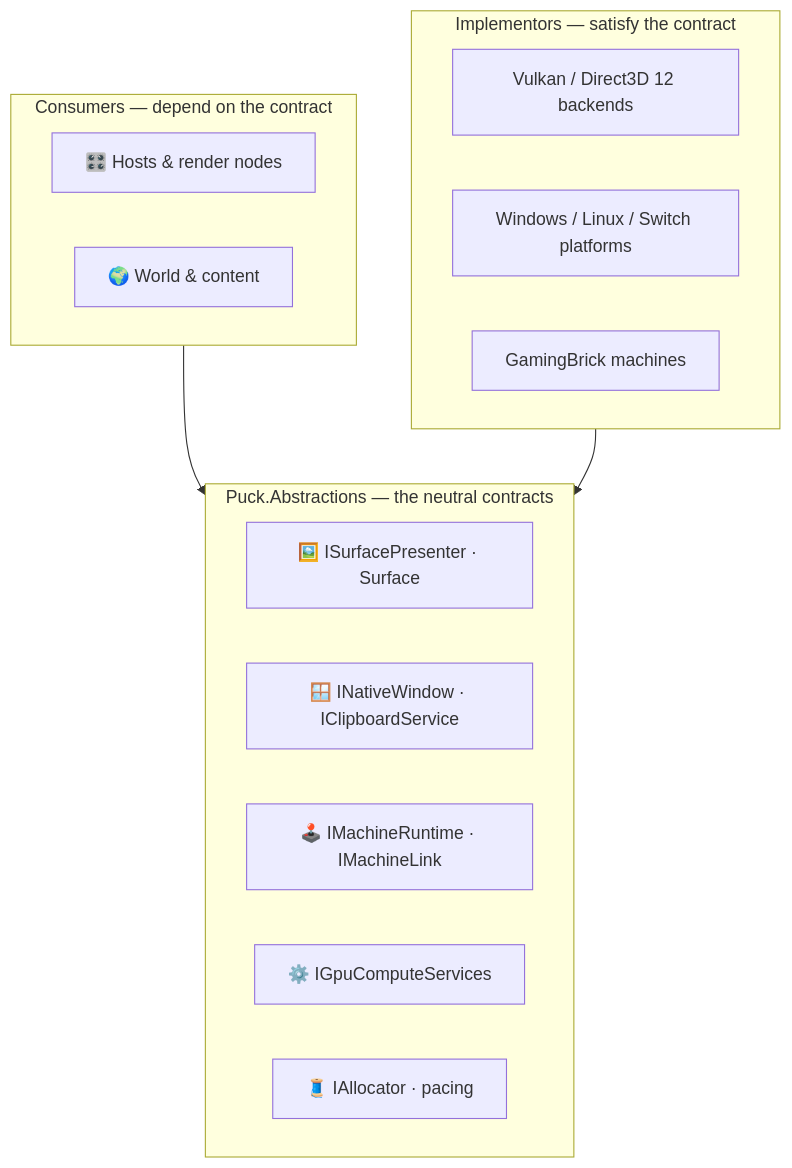
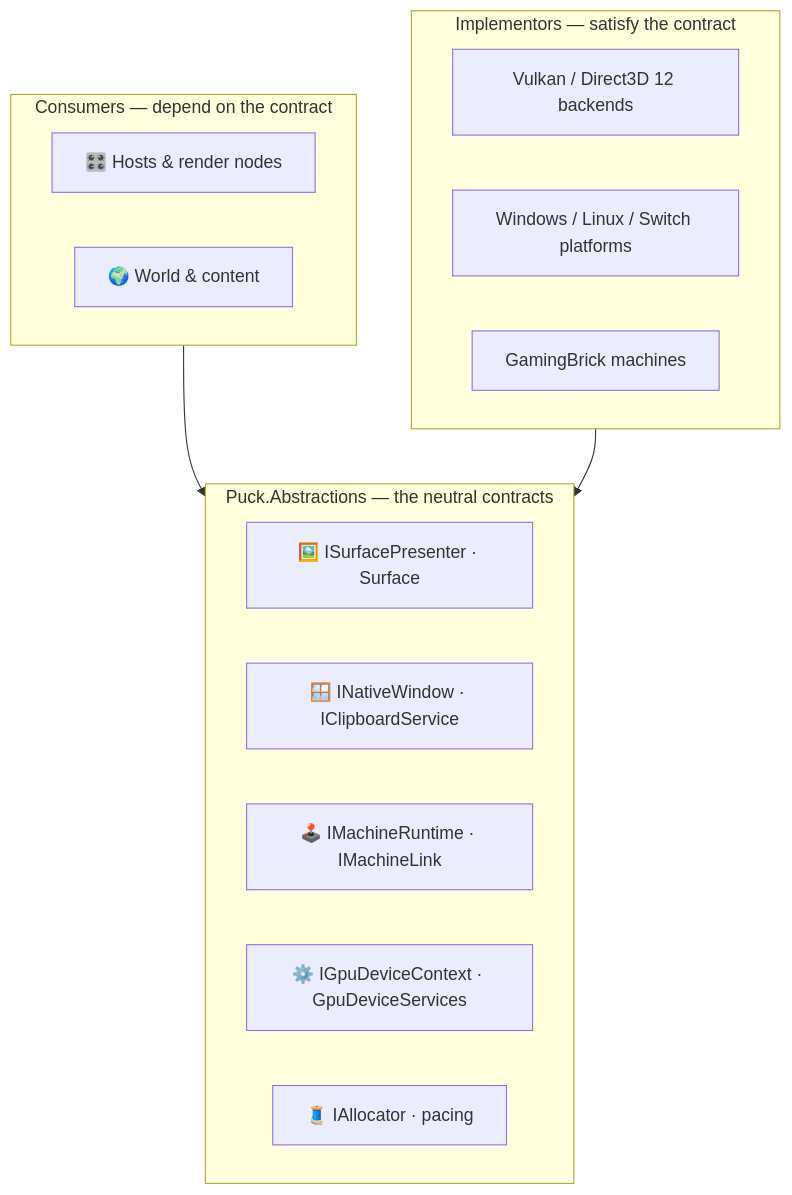
One commit to ByteTerrace/Puck changed the diagram in docs/reference/abstractions.md. Above: the diagram before and after it, drawn with Mermaid. The commit also changed other lines of this file and 2677 other files, not shown here.

First line of the commit message:
graphics: the render graph's pass packages, counted-cost ceilings, portals as the flagship, build mode, and the Deck

````diff
--- a/docs/reference/abstractions.md
+++ b/docs/reference/abstractions.md
@@ -44,21 +44,21 @@
 ```mermaid
 graph TD
     subgraph Consumers ["Consumers — depend on the contract"]
         Host["🎛️ Hosts &amp; render nodes"]
         World["🌍 World &amp; content"]
     end
     subgraph Abstractions ["Puck.Abstractions — the neutral contracts"]
         Present["🖼️ ISurfacePresenter · Surface"]
         Window["🪟 INativeWindow · IClipboardService"]
         Machine["🕹️ IMachineRuntime · IMachineLink"]
-        Compute["⚙️ IGpuComputeServices"]
+        Compute["⚙️ IGpuDeviceContext · GpuDeviceServices"]
         Mem["🧵 IAllocator · pacing"]
     end
     subgraph Implementors ["Implementors — satisfy the contract"]
         Vk["Vulkan / Direct3D 12 backends"]
         Plat["Windows / Linux / Switch platforms"]
         Brick["GamingBrick machines"]
     end
     Consumers --> Abstractions
     Implementors --> Abstractions
 ```
````
